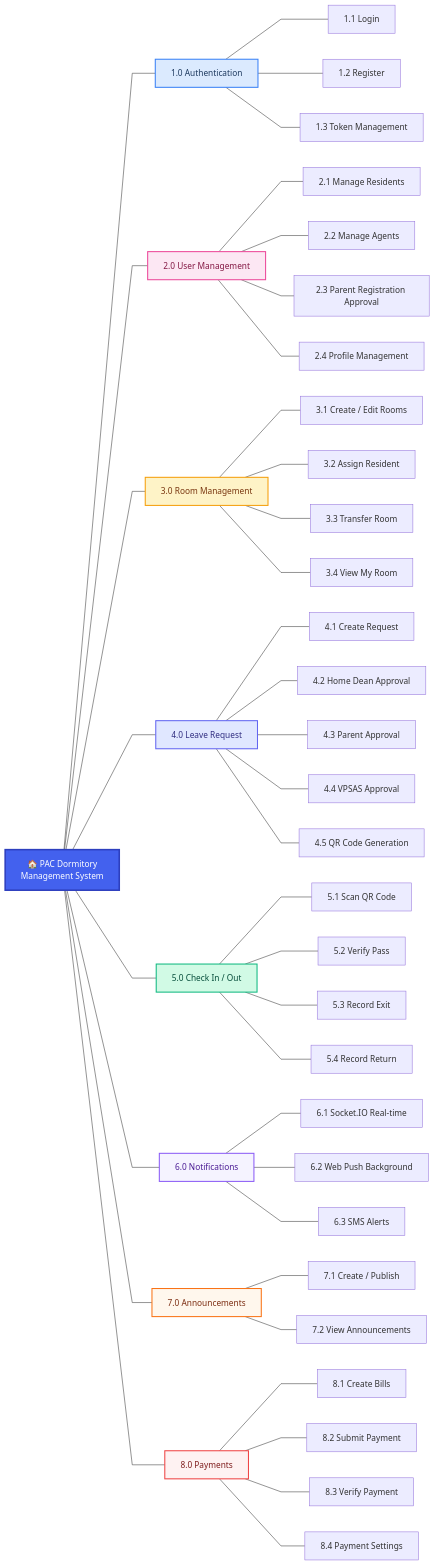
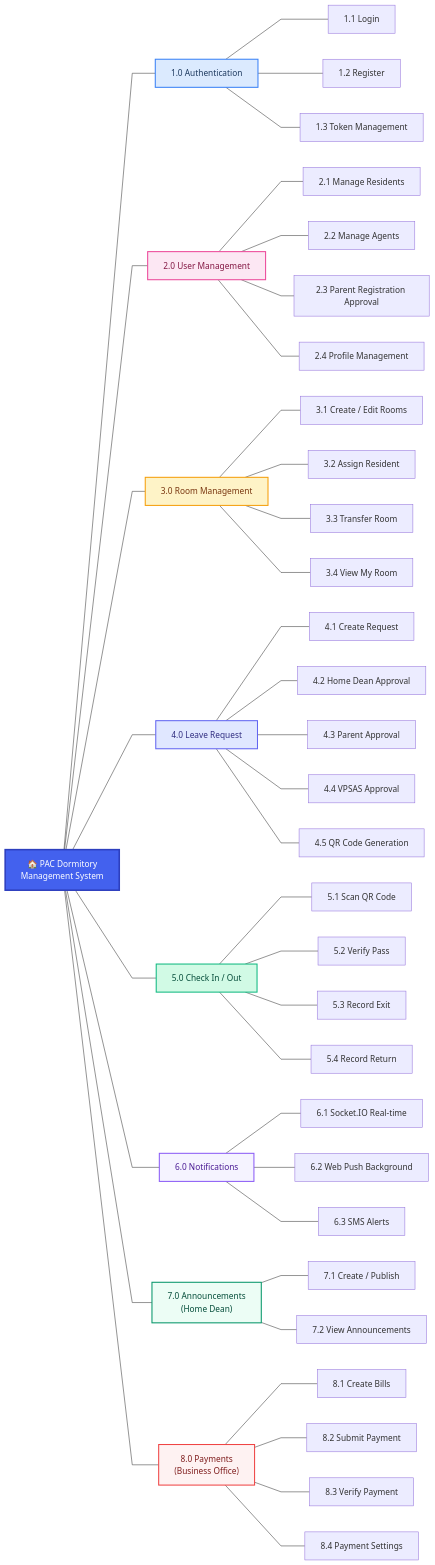
Before and after one commit to manuelortega13/dormitory-management-system: the diagram in docs/decomposition-diagram.mmd, drawn with Mermaid. The commit also changed 9 other files, not shown here.

First line of the commit message:
Update diagrams: add BO role, assign dean to announcements

```diff
--- a/docs/decomposition-diagram.mmd
+++ b/docs/decomposition-diagram.mmd
@@ -1,62 +1,62 @@
 ---
 config:
   theme: default
   flowchart:
     curve: linear
 ---
 flowchart LR
     ROOT["🏠 PAC Dormitory<br/>Management System"] --- AUTH
     ROOT --- USERMGMT
     ROOT --- ROOM
     ROOT --- LEAVE
     ROOT --- CHECKINOUT
     ROOT --- NOTIF
     ROOT --- ANNOUNCE
     ROOT --- PAY
 
     AUTH["1.0 Authentication"] --- A1["1.1 Login"]
     AUTH --- A2["1.2 Register"]
     AUTH --- A3["1.3 Token Management"]
 
     USERMGMT["2.0 User Management"] --- U1["2.1 Manage Residents"]
     USERMGMT --- U2["2.2 Manage Agents"]
     USERMGMT --- U3["2.3 Parent Registration Approval"]
     USERMGMT --- U4["2.4 Profile Management"]
 
     ROOM["3.0 Room Management"] --- R1["3.1 Create / Edit Rooms"]
     ROOM --- R2["3.2 Assign Resident"]
     ROOM --- R3["3.3 Transfer Room"]
     ROOM --- R4["3.4 View My Room"]
 
     LEAVE["4.0 Leave Request"] --- L1["4.1 Create Request"]
     LEAVE --- L2["4.2 Home Dean Approval"]
     LEAVE --- L3["4.3 Parent Approval"]
     LEAVE --- L4["4.4 VPSAS Approval"]
     LEAVE --- L5["4.5 QR Code Generation"]
 
     CHECKINOUT["5.0 Check In / Out"] --- C1["5.1 Scan QR Code"]
     CHECKINOUT --- C2["5.2 Verify Pass"]
     CHECKINOUT --- C3["5.3 Record Exit"]
     CHECKINOUT --- C4["5.4 Record Return"]
 
     NOTIF["6.0 Notifications"] --- N1["6.1 Socket.IO Real-time"]
     NOTIF --- N2["6.2 Web Push Background"]
     NOTIF --- N3["6.3 SMS Alerts"]
 
-    ANNOUNCE["7.0 Announcements"] --- AN1["7.1 Create / Publish"]
+    ANNOUNCE["7.0 Announcements<br/>(Home Dean)"] --- AN1["7.1 Create / Publish"]
     ANNOUNCE --- AN2["7.2 View Announcements"]
 
-    PAY["8.0 Payments"] --- P1["8.1 Create Bills"]
+    PAY["8.0 Payments<br/>(Business Office)"] --- P1["8.1 Create Bills"]
     PAY --- P2["8.2 Submit Payment"]
     PAY --- P3["8.3 Verify Payment"]
     PAY --- P4["8.4 Payment Settings"]
 
     style ROOT fill:#4361ee,stroke:#2d3fbe,stroke-width:3px,color:#fff
     style AUTH fill:#dbeafe,stroke:#3b82f6,stroke-width:2px,color:#1e3a5f
     style USERMGMT fill:#fce7f3,stroke:#ec4899,stroke-width:2px,color:#831843
     style ROOM fill:#fef3c7,stroke:#f59e0b,stroke-width:2px,color:#78350f
     style LEAVE fill:#e0e7ff,stroke:#6366f1,stroke-width:2px,color:#312e81
     style CHECKINOUT fill:#d1fae5,stroke:#10b981,stroke-width:2px,color:#064e3b
     style NOTIF fill:#f5f3ff,stroke:#8b5cf6,stroke-width:2px,color:#4c1d95
-    style ANNOUNCE fill:#fff7ed,stroke:#f97316,stroke-width:2px,color:#7c2d12
+    style ANNOUNCE fill:#ecfdf5,stroke:#059669,stroke-width:2px,color:#064e3b
     style PAY fill:#fef2f2,stroke:#ef4444,stroke-width:2px,color:#7f1d1d
```
